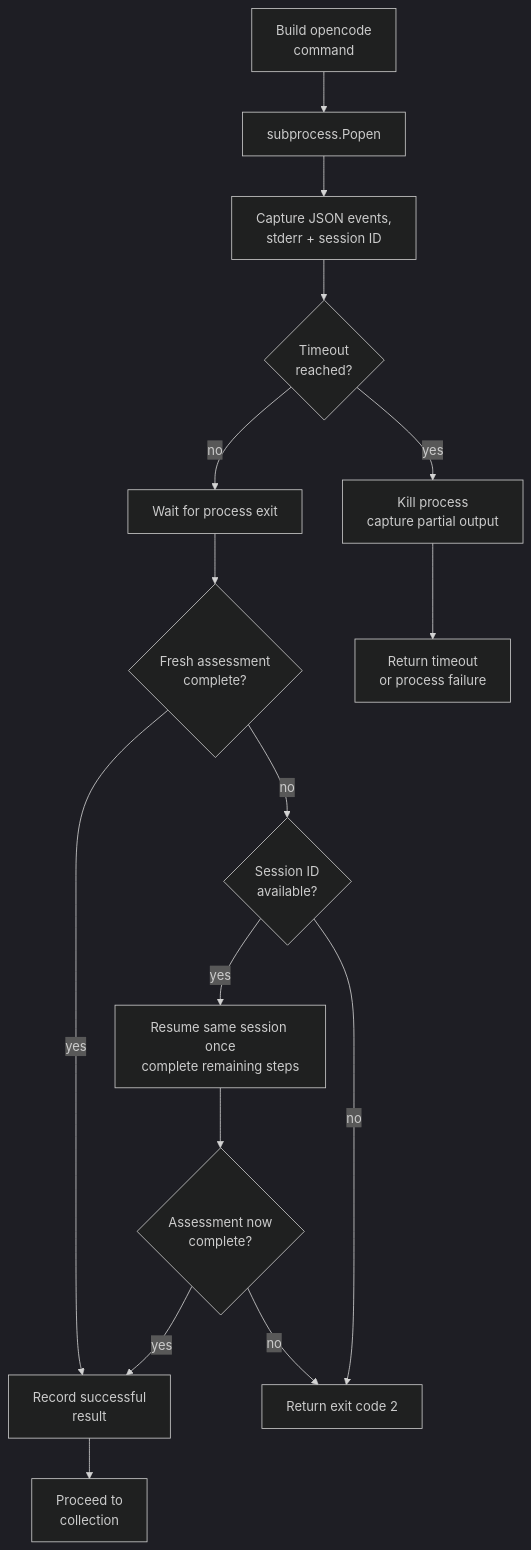
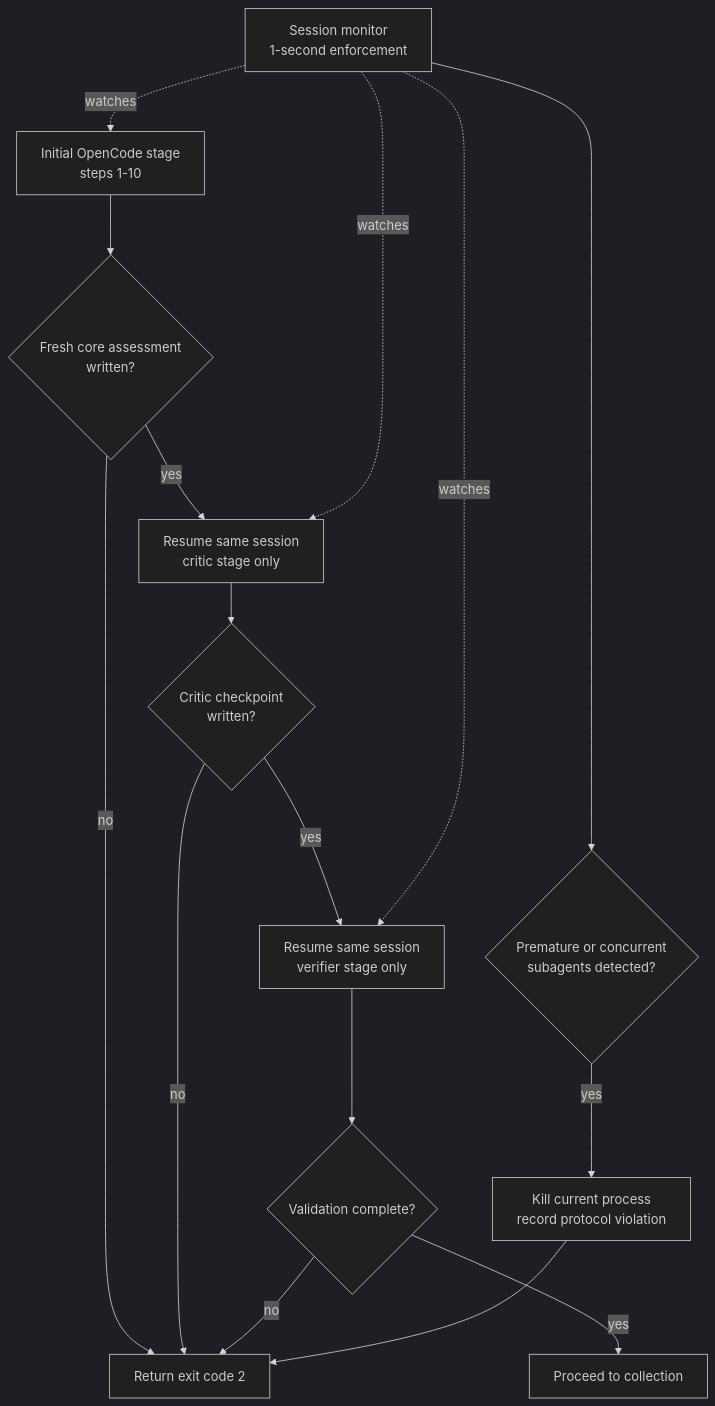
Before and after one commit to dominikmi/laser: the fourth of 8 diagrams in README.md, drawn with Mermaid. The commit also changed other lines of this file and 5 other files, not shown here.

````diff
--- a/README.md
+++ b/README.md
@@ -324,19 +324,20 @@
 ```mermaid
 %%{init: {"theme": "dark"}}%%
 flowchart TD
-    A["Build opencode<br/>command"] --> B["subprocess.Popen"]
-    B --> C["Capture JSON events,<br/>stderr + session ID"]
-    C --> D{"Timeout<br/>reached?"}
-    D -- yes --> F["Kill process<br/>capture partial output"]
-    D -- no --> E["Wait for process exit"]
-    E --> G{"Fresh assessment<br/>complete?"}
-    G -- yes --> H["Record successful<br/>result"]
-    G -- no --> S{"Session ID<br/>available?"}
-    S -- yes --> R["Resume same session once<br/>complete remaining steps"]
-    R --> V{"Assessment now<br/>complete?"}
-    V -- yes --> H
-    V -- no --> X["Return exit code 2"]
-    S -- no --> X
-    F --> Y["Return timeout<br/>or process failure"]
-    H --> Z["Proceed to<br/>collection"]
+    A["Initial OpenCode stage<br/>steps 1-10"] --> B{"Fresh core assessment<br/>written?"}
+    B -- no --> X["Return exit code 2"]
+    B -- yes --> C["Resume same session<br/>critic stage only"]
+    C --> D{"Critic checkpoint<br/>written?"}
+    D -- no --> X
+    D -- yes --> E["Resume same session<br/>verifier stage only"]
+    E --> F{"Validation complete?"}
+    F -- no --> X
+    F -- yes --> G["Proceed to collection"]
+
+    M["Session monitor<br/>1-second enforcement"] -. watches .-> A
+    M -. watches .-> C
+    M -. watches .-> E
+    M --> P{"Premature or concurrent<br/>subagents detected?"}
+    P -- yes --> K["Kill current process<br/>record protocol violation"]
+    K --> X
 ```
````
